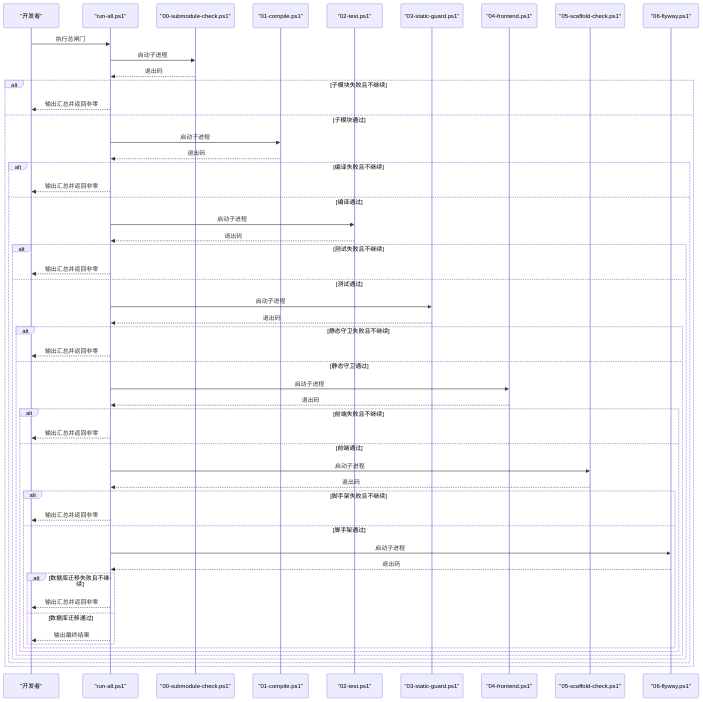
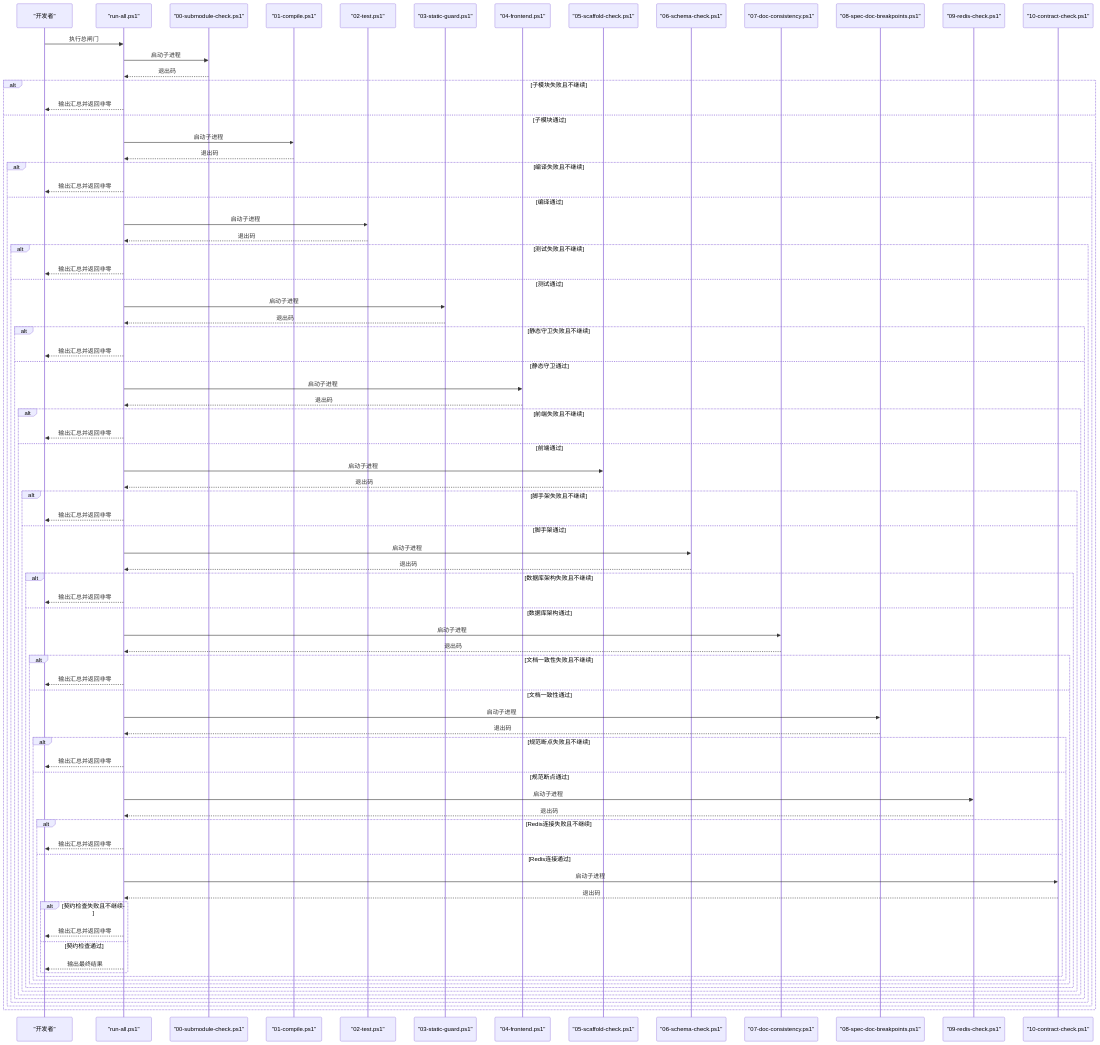
Before and after one commit to luyitiger6/my-first-project: the seventh of 8 diagrams in .qoder/repowiki/zh/content/自动化验证/闸门系统概述.md, drawn with Mermaid. The commit also changed other lines of this file and 54 other files, not shown here.

````diff
--- a/.qoder/repowiki/zh/content/自动化验证/闸门系统概述.md
+++ b/.qoder/repowiki/zh/content/自动化验证/闸门系统概述.md
@@ -430,7 +304,11 @@
 participant Check03 as "03-static-guard.ps1"
 participant Check04 as "04-frontend.ps1"
 participant Check05 as "05-scaffold-check.ps1"
-participant Check06 as "06-flyway.ps1"
+participant Check06 as "06-schema-check.ps1"
+participant Check07 as "07-doc-consistency.ps1"
+participant Check08 as "08-spec-doc-breakpoints.ps1"
+participant Check09 as "09-redis-check.ps1"
+participant Check10 as "10-contract-check.ps1"
 Dev->>Harness : 执行总闸门
 Harness->>Check00 : 启动子进程
 Check00-->>Harness : 退出码
@@ -464,9 +342,29 @@
 else 脚手架通过
 Harness->>Check06 : 启动子进程
 Check06-->>Harness : 退出码
-alt 数据库迁移失败且不继续
+alt 数据库架构失败且不继续
 Harness-->>Dev : 输出汇总并返回非零
-else 数据库迁移通过
+else 数据库架构通过
+Harness->>Check07 : 启动子进程
+Check07-->>Harness : 退出码
+alt 文档一致性失败且不继续
+Harness-->>Dev : 输出汇总并返回非零
+else 文档一致性通过
+Harness->>Check08 : 启动子进程
+Check08-->>Harness : 退出码
+alt 规范断点失败且不继续
+Harness-->>Dev : 输出汇总并返回非零
+else 规范断点通过
+Harness->>Check09 : 启动子进程
+Check09-->>Harness : 退出码
+alt Redis连接失败且不继续
+Harness-->>Dev : 输出汇总并返回非零
+else Redis连接通过
+Harness->>Check10 : 启动子进程
+Check10-->>Harness : 退出码
+alt 契约检查失败且不继续
+Harness-->>Dev : 输出汇总并返回非零
+else 契约检查通过
 Harness-->>Dev : 输出最终结果
 end
 end
@@ -475,4 +373,8 @@
 end
 end
 end
+end
+end
+end
+end
 ```
````
